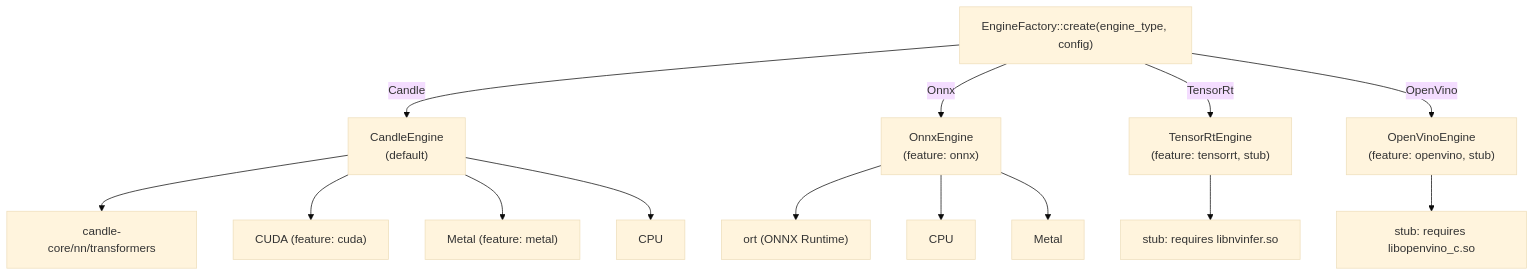
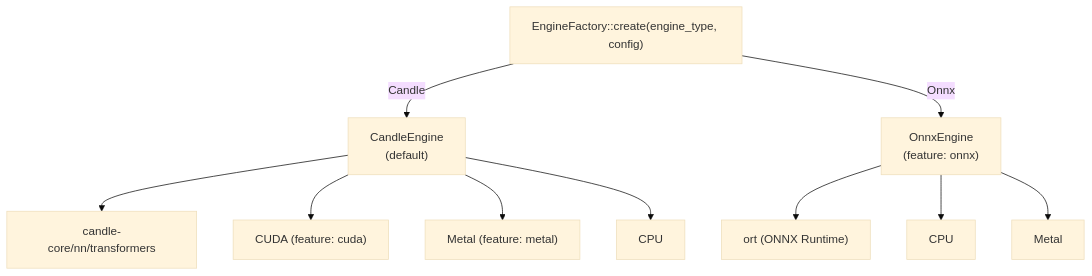
Before and after one commit to Kirky-X/vecboost: the fifth of 7 diagrams in docs/ARCHITECTURE.md, drawn with Mermaid (base theme). The commit also changed other lines of this file and 6 other files, not shown here.

````diff
--- a/docs/ARCHITECTURE.md
+++ b/docs/ARCHITECTURE.md
@@ -304,19 +302,15 @@
 ```mermaid
 graph TB
     Factory["EngineFactory::create(engine_type, config)"]
     Factory -->|Candle| CandleEngine["CandleEngine<br/>(default)"]
     Factory -->|Onnx| OnnxEngine["OnnxEngine<br/>(feature: onnx)"]
-    Factory -->|TensorRt| TensorRtEngine["TensorRtEngine<br/>(feature: tensorrt, stub)"]
-    Factory -->|OpenVino| OpenVinoEngine["OpenVinoEngine<br/>(feature: openvino, stub)"]
 
     CandleEngine --> CandleLib["candle-core/nn/transformers"]
     OnnxEngine --> OnnxLib["ort (ONNX Runtime)"]
-    TensorRtEngine --> TensorRtNote["stub: requires libnvinfer.so"]
-    OpenVinoEngine --> OpenVinoNote["stub: requires libopenvino_c.so"]
 
     CandleEngine --> DeviceCuda["CUDA (feature: cuda)"]
     CandleEngine --> DeviceMetal["Metal (feature: metal)"]
     CandleEngine --> DeviceCPU["CPU"]
     OnnxEngine --> DeviceCPU2["CPU"]
     OnnxEngine --> DeviceMetal2["Metal"]
 ```
````
